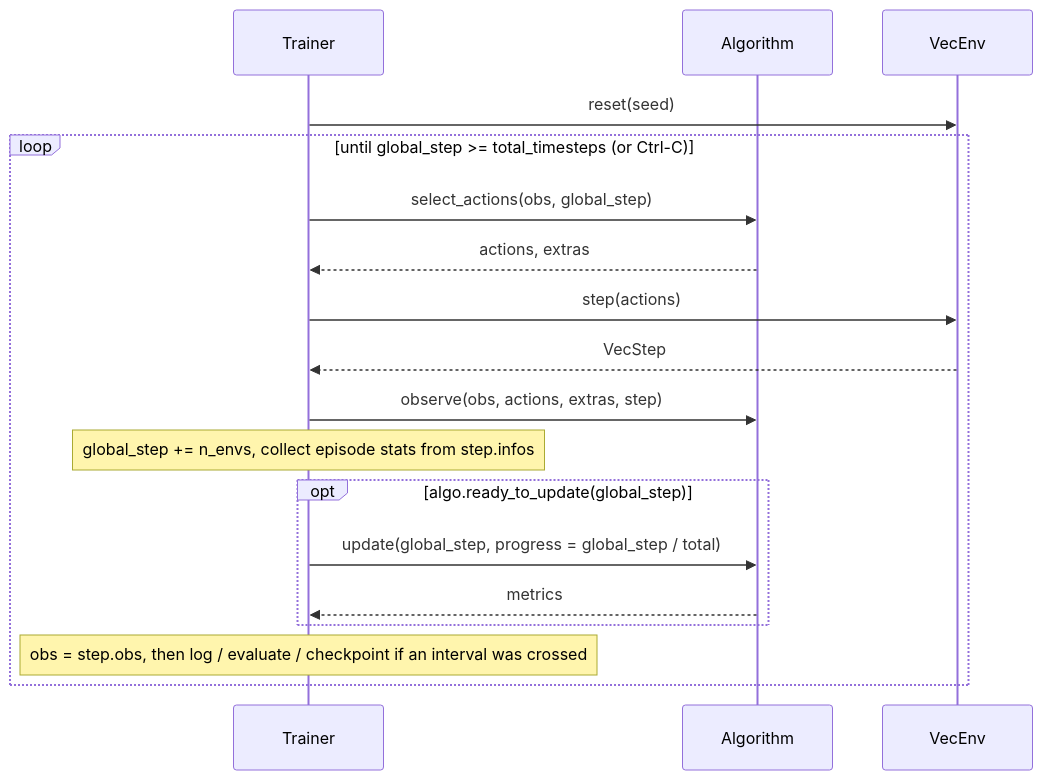
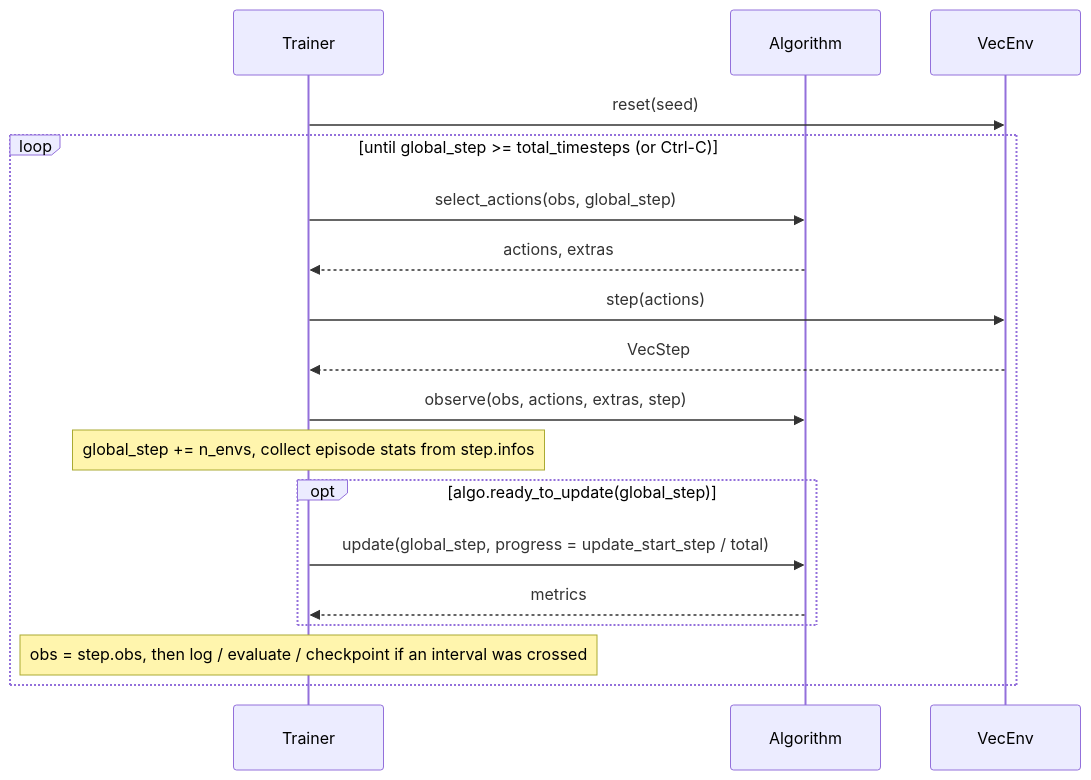
One commit to amandm/mario-play changed the sixth of 6 diagrams in docs/architecture.md. Above: the diagram before and after it, drawn with Mermaid. The commit also changed other lines of this file and 18 other files, not shown here.

````diff
--- a/docs/architecture.md
+++ b/docs/architecture.md
@@ -263,20 +263,20 @@
 ```mermaid
 sequenceDiagram
     participant T as Trainer
     participant A as Algorithm
     participant V as VecEnv
     T->>V: reset(seed)
     loop until global_step >= total_timesteps (or Ctrl-C)
         T->>A: select_actions(obs, global_step)
         A-->>T: actions, extras
         T->>V: step(actions)
         V-->>T: VecStep
         T->>A: observe(obs, actions, extras, step)
         Note over T: global_step += n_envs, collect episode stats from step.infos
         opt algo.ready_to_update(global_step)
-            T->>A: update(global_step, progress = global_step / total)
+            T->>A: update(global_step, progress = update_start_step / total)
             A-->>T: metrics
         end
         Note over T: obs = step.obs, then log / evaluate / checkpoint if an interval was crossed
     end
 ```
````
